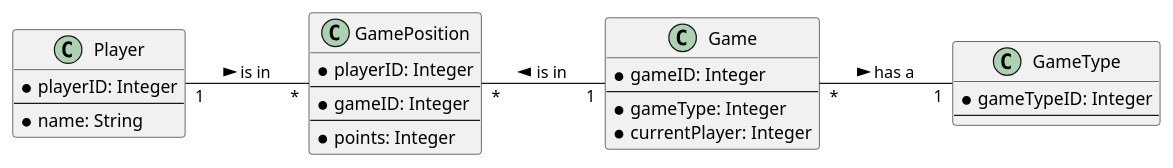
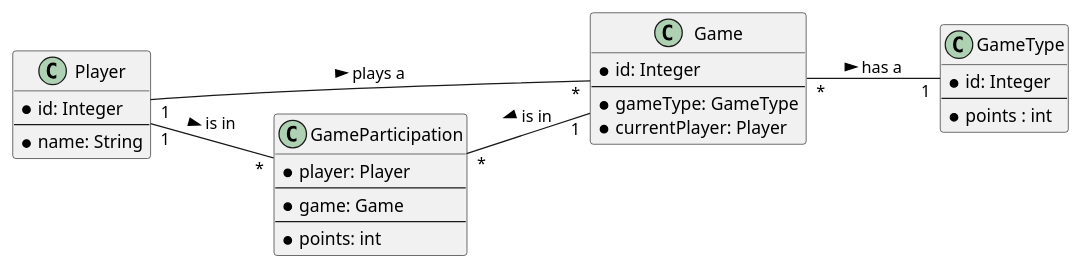
One commit to 2223-3bhif-syp/Dart-Scoring-App changed the diagram in asciidocs/classDiagram.adoc. Above: the diagram before and after it, drawn with PlantUML. The commit also changed 17 other files, not shown here.

Commit message:
23darts-5 fixed types, diagrams, sql-tables

```diff
--- a/asciidocs/classDiagram.adoc
+++ b/asciidocs/classDiagram.adoc
@@ -1,35 +1,36 @@
 [plantuml, target=diagram-classes, format=png]
 ....
 left to right direction
 
 class GameType{
-* gameTypeID: Integer
+* id: Integer
 --
+* points : int
 }
 
 class Player{
-* playerID: Integer
+* id: Integer
 --
 * name: String
 }
 
 class Game{
-* gameID: Integer
+* id: Integer
 --
-* gameType: Integer
-* currentPlayer: Integer
+* gameType: GameType
+* currentPlayer: Player
 }
 
-class GamePosition{
-* playerID: Integer
+class GameParticipation{
+* player: Player
 --
-* gameID: Integer
+* game: Game
 --
-* points: Integer
+* points: int
 }
 
-Player "1"--"*" GamePosition : is in >
-GamePosition "*"--"1" Game : is in <
+Player "1"--"*" GameParticipation : is in >
+GameParticipation "*"--"1" Game : is in <
 Game "*"--"1" GameType : has a >
-
+Player "1"--"*" Game : plays a >
 ....
```
